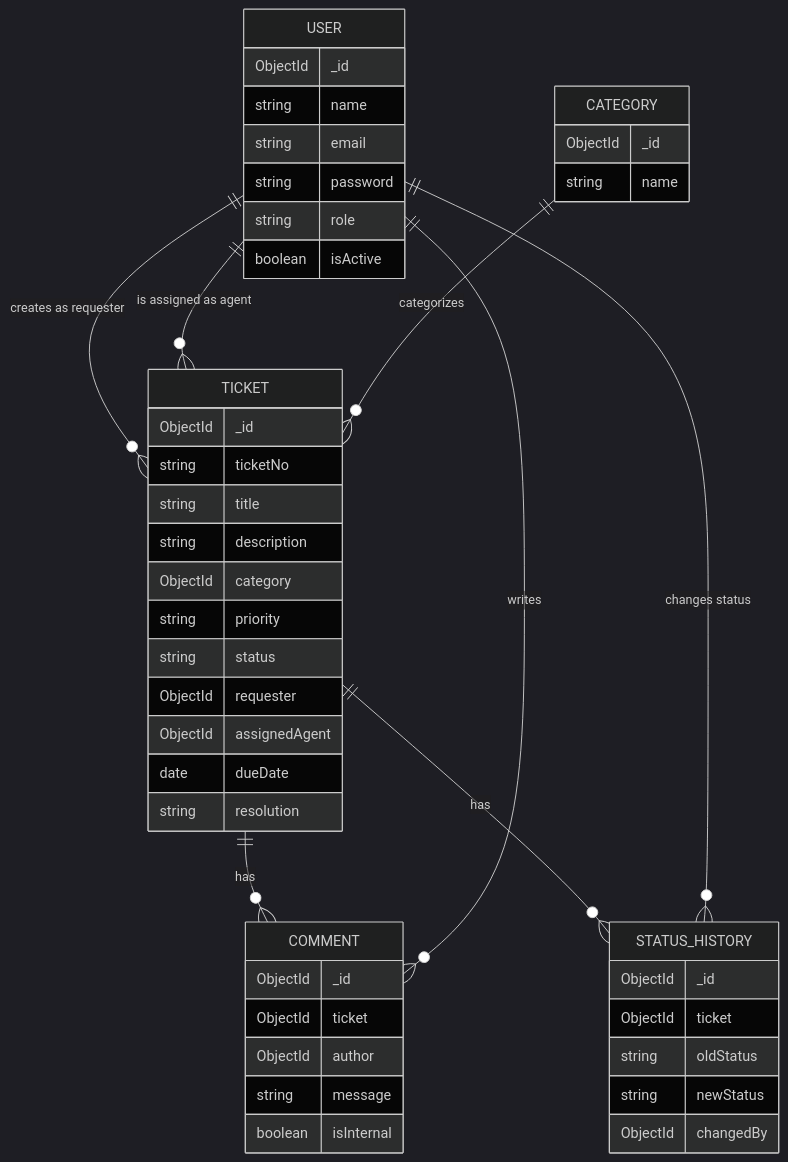
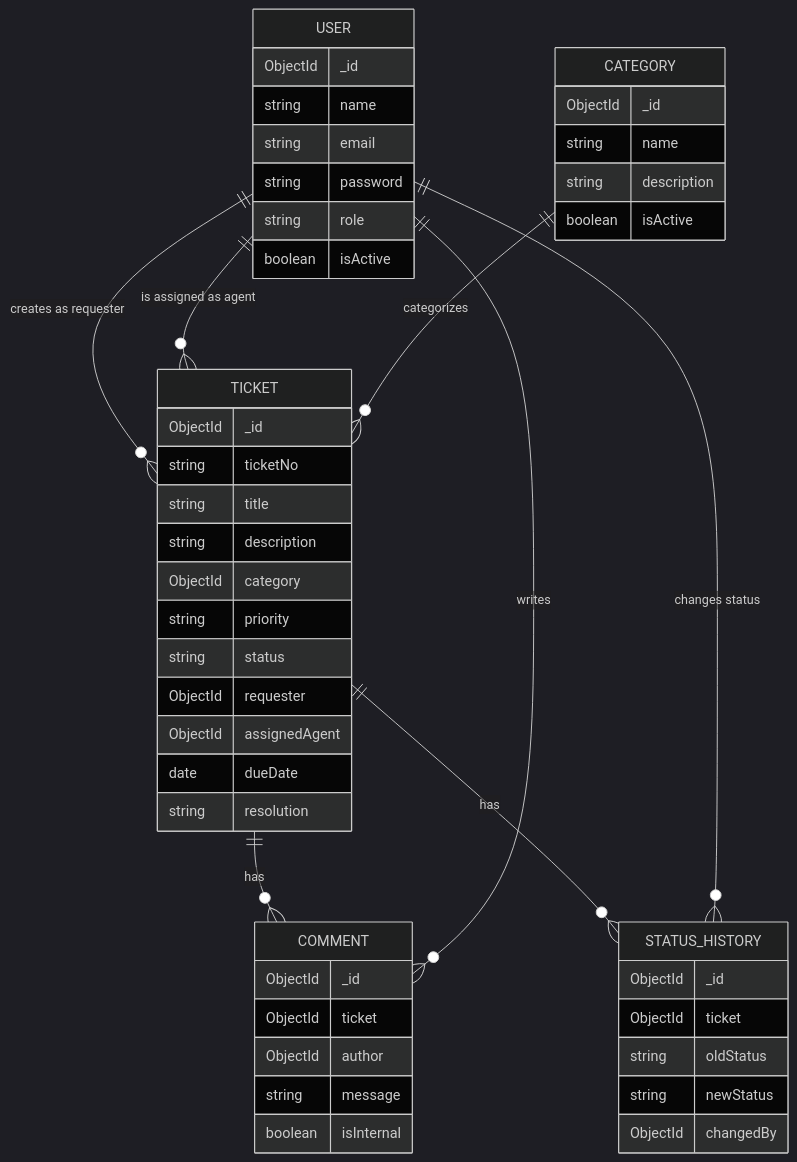
One commit to ranahaseeb14/helpdesk-support-ticket-system changed the diagram in docs/schema-diagram.md. Above: the diagram before and after it, drawn with Mermaid (dark theme). The commit also changed 12 other files, not shown here.

````diff
--- a/docs/schema-diagram.md
+++ b/docs/schema-diagram.md
@@ -1,56 +1,58 @@
 ```mermaid
 erDiagram
     USER {
         ObjectId _id
         string name
         string email
         string password
         string role
         boolean isActive
     }
 
     CATEGORY {
         ObjectId _id
         string name
+        string description
+        boolean isActive
     }
 
     TICKET {
         ObjectId _id
         string ticketNo
         string title
         string description
         ObjectId category
         string priority
         string status
         ObjectId requester
         ObjectId assignedAgent
         date dueDate
         string resolution
     }
 
     COMMENT {
         ObjectId _id
         ObjectId ticket
         ObjectId author
         string message
         boolean isInternal
     }
 
     STATUS_HISTORY {
         ObjectId _id
         ObjectId ticket
         string oldStatus
         string newStatus
         ObjectId changedBy
     }
 
     USER ||--o{ TICKET : "creates as requester"
     USER ||--o{ TICKET : "is assigned as agent"
     CATEGORY ||--o{ TICKET : "categorizes"
 
     TICKET ||--o{ COMMENT : "has"
     USER ||--o{ COMMENT : "writes"
 
     TICKET ||--o{ STATUS_HISTORY : "has"
     USER ||--o{ STATUS_HISTORY : "changes status"
 ```
````
